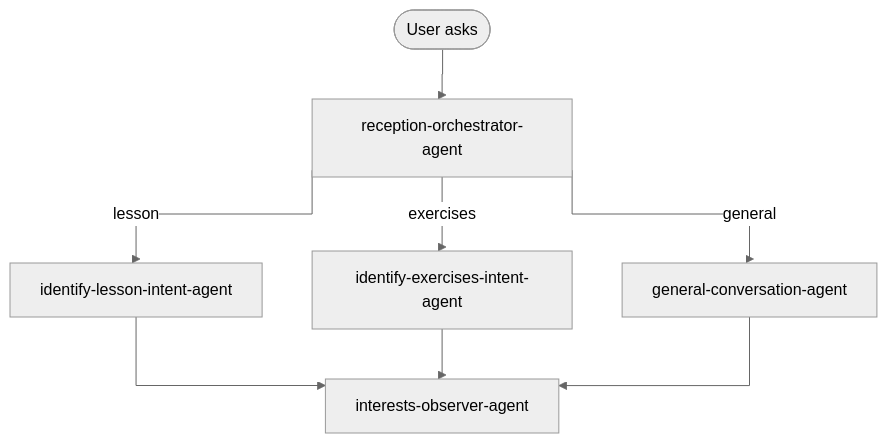
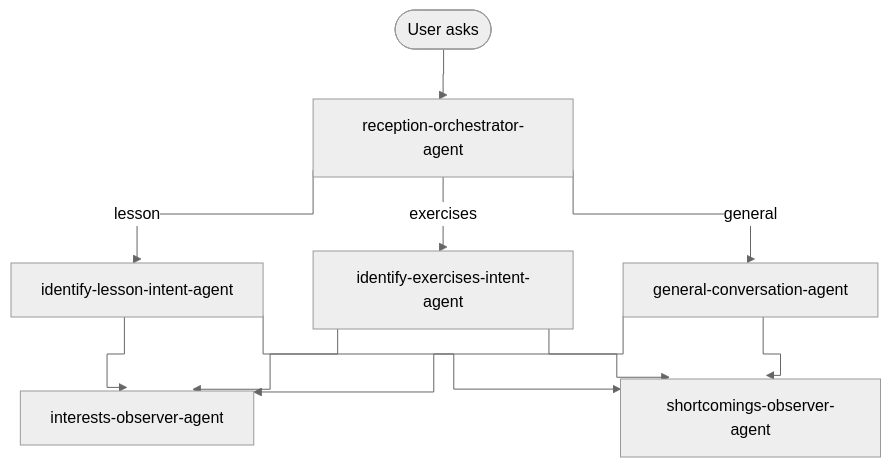
Before and after one commit to patopitaluga/gio-system: the first of 3 diagrams in README.md, drawn with Mermaid (neutral theme). The commit also changed other lines of this file and 34 other files, not shown here.

````diff
--- a/README.md
+++ b/README.md
@@ -207,22 +215,26 @@
 ```mermaid
 ---
 config:
   flowchart:
     curve: stepBefore
 ---
 flowchart TD
   User([User asks])
   Orch[reception-orchestrator-agent]
   Lesson[identify-lesson-intent-agent]
   Exercises[identify-exercises-intent-agent]
   Conversation[general-conversation-agent]
   Interests[interests-observer-agent]
+  Shortcomings[shortcomings-observer-agent]
 
   User --> Orch
   Orch -->|lesson| Lesson
   Orch -->|exercises| Exercises
   Orch -->|general| Conversation
   Lesson --> Interests
   Exercises --> Interests
   Conversation --> Interests
+  Lesson --> Shortcomings
+  Exercises --> Shortcomings
+  Conversation --> Shortcomings
 ```
````
